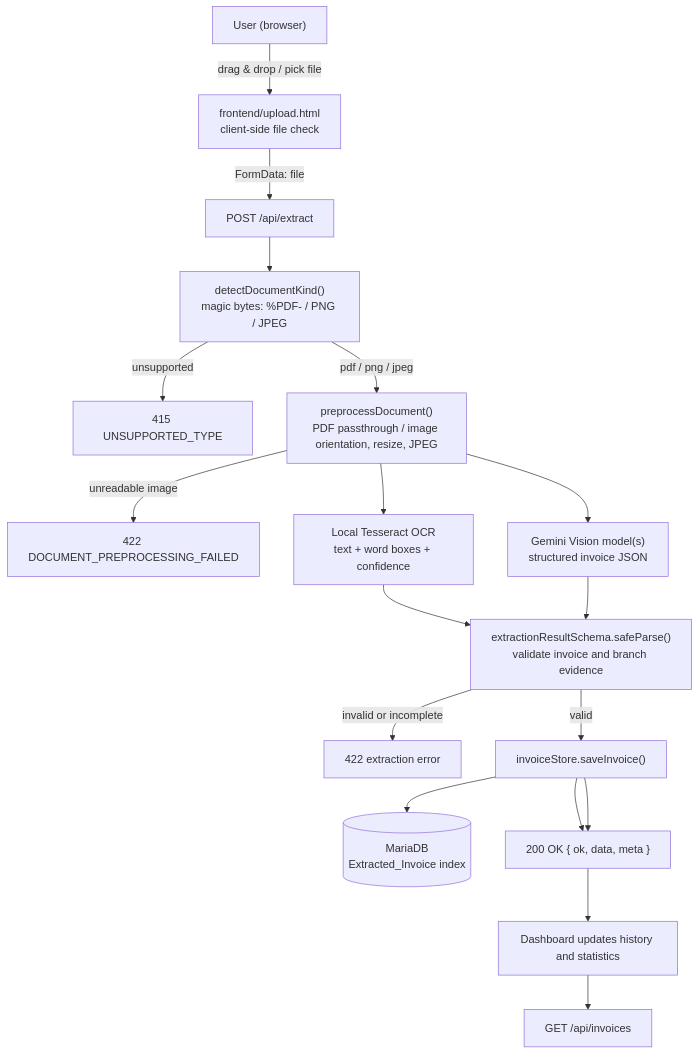
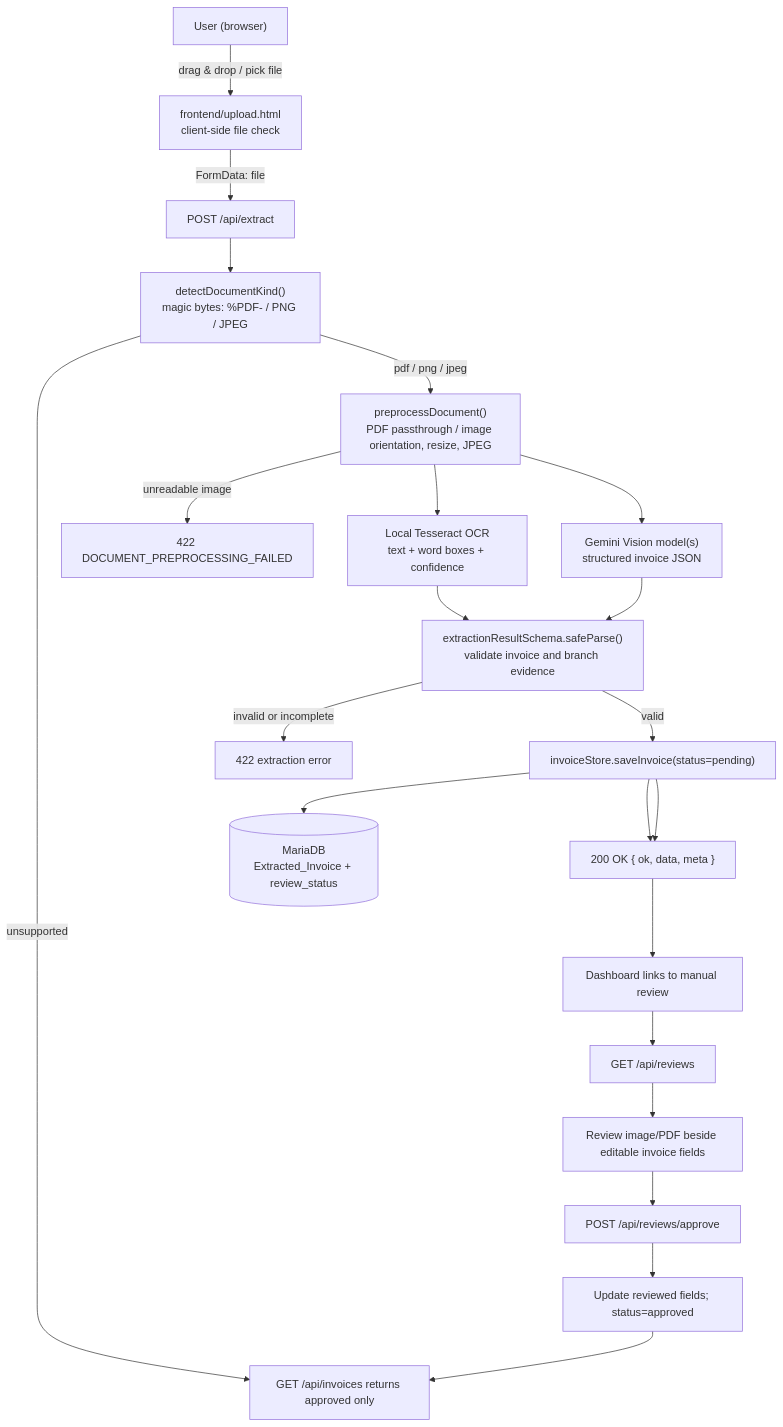
Before and after one commit to suong1512/ATI: the first of 2 diagrams in knowledge/architecture.md, drawn with Mermaid. The commit also changed other lines of this file and 22 other files, not shown here.

Commit message:
feat(review): add manual invoice approval workflow

````diff
--- a/knowledge/architecture.md
+++ b/knowledge/architecture.md
@@ -105,20 +115,24 @@
 ```mermaid
 flowchart TD
     A["User (browser)"] -->|drag & drop / pick file| B["frontend/upload.html\nclient-side file check"]
     B -->|FormData: file| C["POST /api/extract"]
     C --> D["detectDocumentKind()\nmagic bytes: %PDF- / PNG / JPEG"]
     D -->|unsupported| U["415 UNSUPPORTED_TYPE"]
     D -->|pdf / png / jpeg| P["preprocessDocument()\nPDF passthrough / image orientation, resize, JPEG"]
     P -->|unreadable image| X["422 DOCUMENT_PREPROCESSING_FAILED"]
     P --> O["Local Tesseract OCR\ntext + word boxes + confidence"]
     P --> V["Gemini Vision model(s)\nstructured invoice JSON"]
     O --> G["extractionResultSchema.safeParse()\nvalidate invoice and branch evidence"]
     V --> G
     G -->|invalid or incomplete| H["422 extraction error"]
-    G -->|valid| I["invoiceStore.saveInvoice()"]
-    I --> J[("MariaDB\nExtracted_Invoice index")]
-    I --> K[("MongoDB\nExtraction_Records payload")]
+    G -->|valid| I["invoiceStore.saveInvoice(status=pending)"]
+    I --> J[("MariaDB\nExtracted_Invoice + review_status")]
+    I --> K[("MongoDB\nExtraction_Records + original")]
     I --> K["200 OK { ok, data, meta }"]
-    K --> L["Dashboard updates history and statistics"]
-    L --> M["GET /api/invoices"]
+    K --> L["Dashboard links to manual review"]
+    L --> Q["GET /api/reviews"]
+    Q --> R["Review image/PDF beside editable invoice fields"]
+    R --> S["POST /api/reviews/approve"]
+    S --> T["Update reviewed fields; status=approved"]
+    T --> U["GET /api/invoices returns approved only"]
 ```
````
